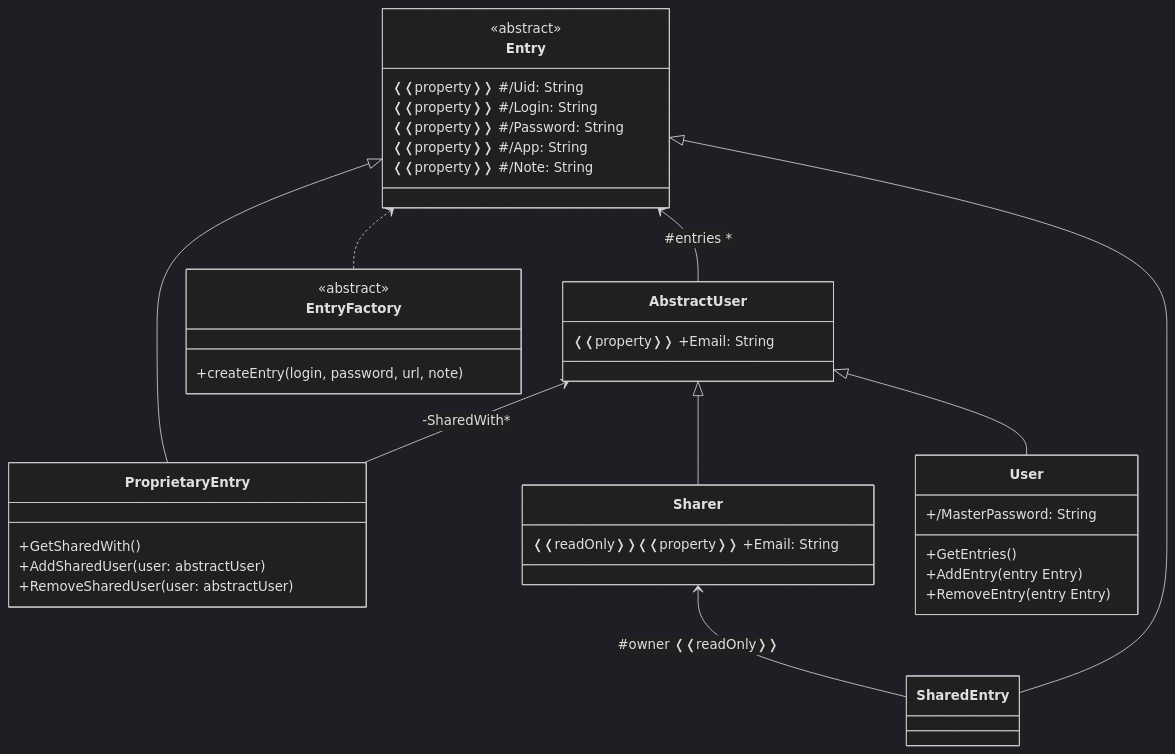
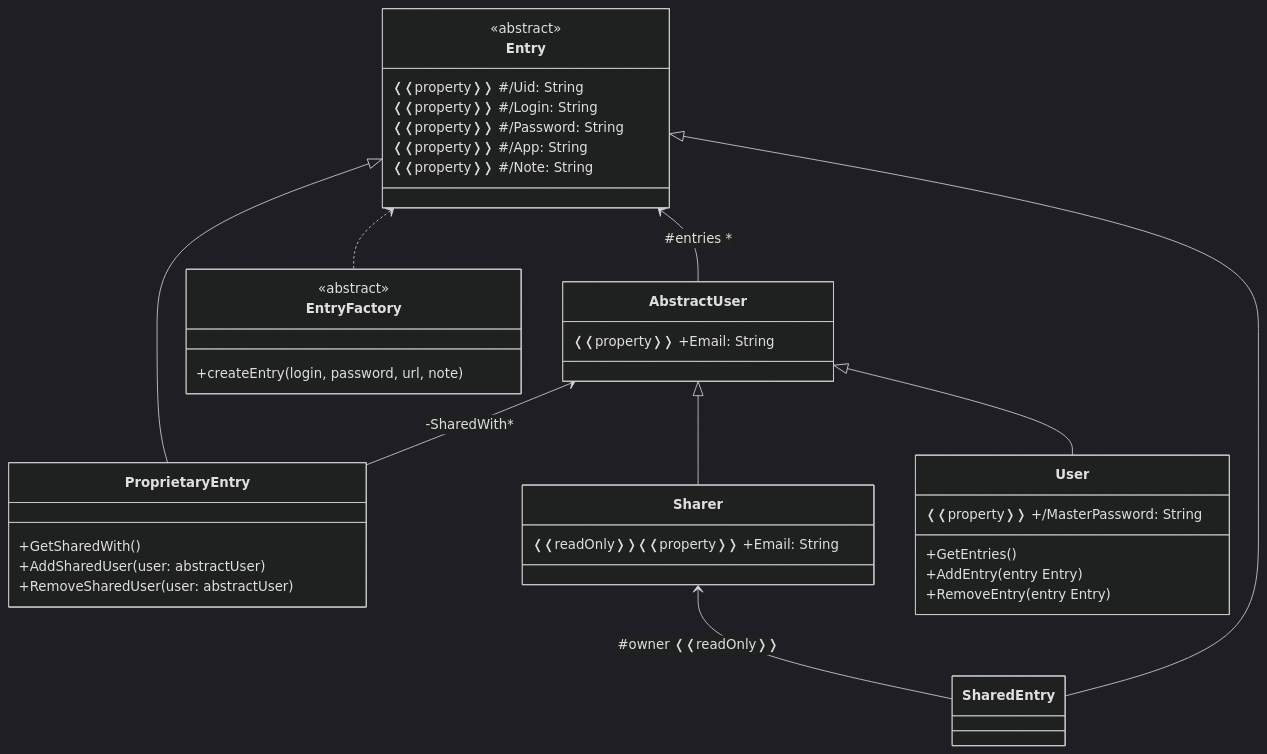
The first of 3 diagrams in Documentation/conception/Initial design/Class/v4.mermaid.md (EllLG1211/Rossignol), drawn with Mermaid (dark theme) before and after one commit.

Commit message:
fixed missing property

````diff
--- a/Documentation/conception/Initial design/Class/v4.mermaid.md
+++ b/Documentation/conception/Initial design/Class/v4.mermaid.md
@@ -1,50 +1,50 @@
 ```mermaid
 classDiagram
 
 class Entry{
     <<abstract>>
     ❬❬property❭❭ #/Uid: String
     ❬❬property❭❭ #/Login: String
     ❬❬property❭❭ #/Password: String
     ❬❬property❭❭ #/App: String
     ❬❬property❭❭ #/Note: String
 }
 class AbstractUser{
     ❬❬property❭❭ +Email: String
 }
 Entry <-- AbstractUser :#entries *
 class ProprietaryEntry{
     +GetSharedWith()
     +AddSharedUser(user: abstractUser)
     +RemoveSharedUser(user: abstractUser)
 }
 Entry <|-- ProprietaryEntry
 AbstractUser <-- ProprietaryEntry :-SharedWith*
 class SharedEntry{
      
 }
 Sharer <-- SharedEntry :#owner ❬❬readOnly❭❭
 Entry <|-- SharedEntry
 
 %%classes that use ProprietaryEntry
 
 class User{
-    +/MasterPassword: String
+    ❬❬property❭❭ +/MasterPassword: String
 
     +GetEntries()
     +AddEntry(entry Entry)
     +RemoveEntry(entry Entry)
 }
 AbstractUser <|-- User
 
 class Sharer{
     ❬❬readOnly❭❭❬❬property❭❭ +Email: String
 }
 AbstractUser <|-- Sharer
 
 class EntryFactory{
     <<abstract>>
     +createEntry(login, password, url, note)
 }
 Entry <.. EntryFactory
 ```
````
